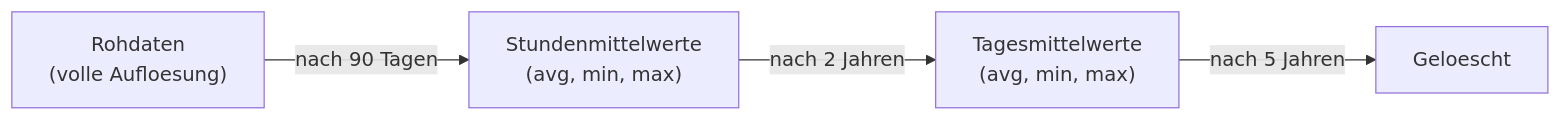
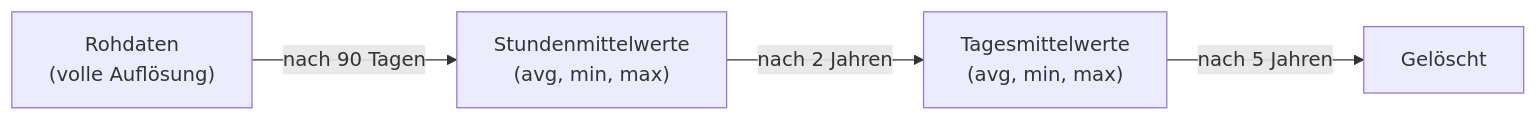
One commit to nolte/kamerplanter changed the first of 3 diagrams in docs/de/guides/data-retention.md. Above: the diagram before and after it, drawn with Mermaid. The commit also changed other lines of this file and 77 other files, not shown here.

````diff
--- a/docs/de/guides/data-retention.md
+++ b/docs/de/guides/data-retention.md
@@ -44,11 +44,11 @@
 ```mermaid
 graph LR
-    A["Rohdaten<br/>(volle Aufloesung)"]
+    A["Rohdaten<br/>(volle Auflösung)"]
     B["Stundenmittelwerte<br/>(avg, min, max)"]
     C["Tagesmittelwerte<br/>(avg, min, max)"]
-    D["Geloescht"]
+    D["Gelöscht"]
 
     A -- "nach 90 Tagen" --> B
     B -- "nach 2 Jahren" --> C
     C -- "nach 5 Jahren" --> D
 ```
````
